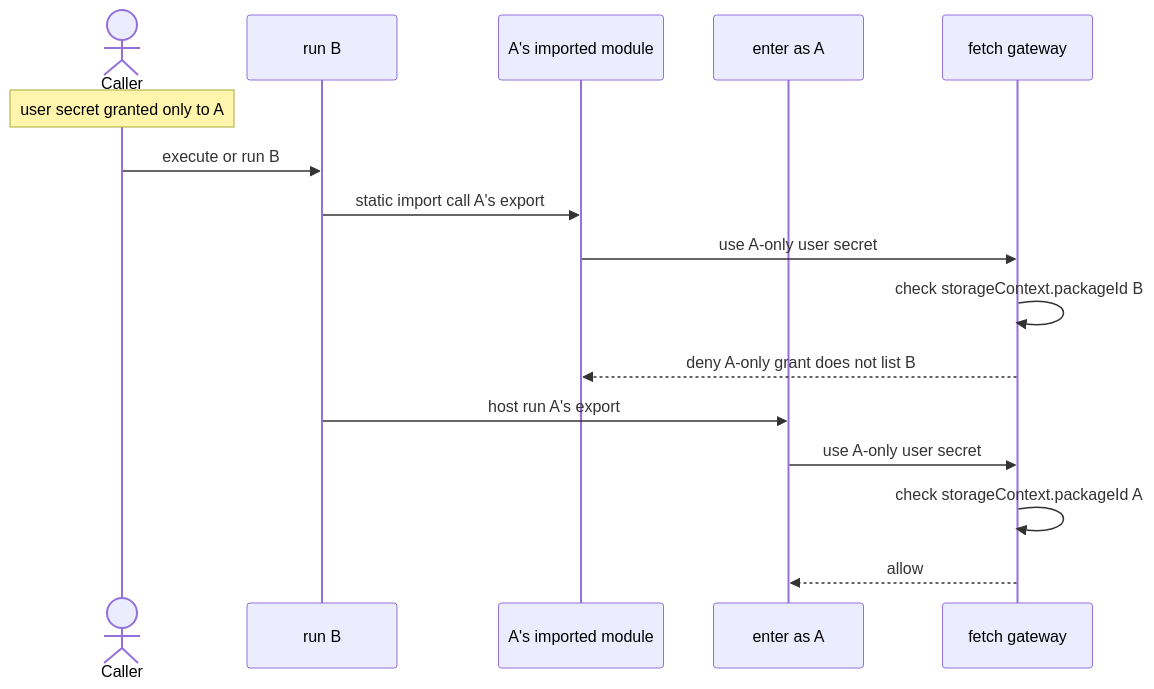
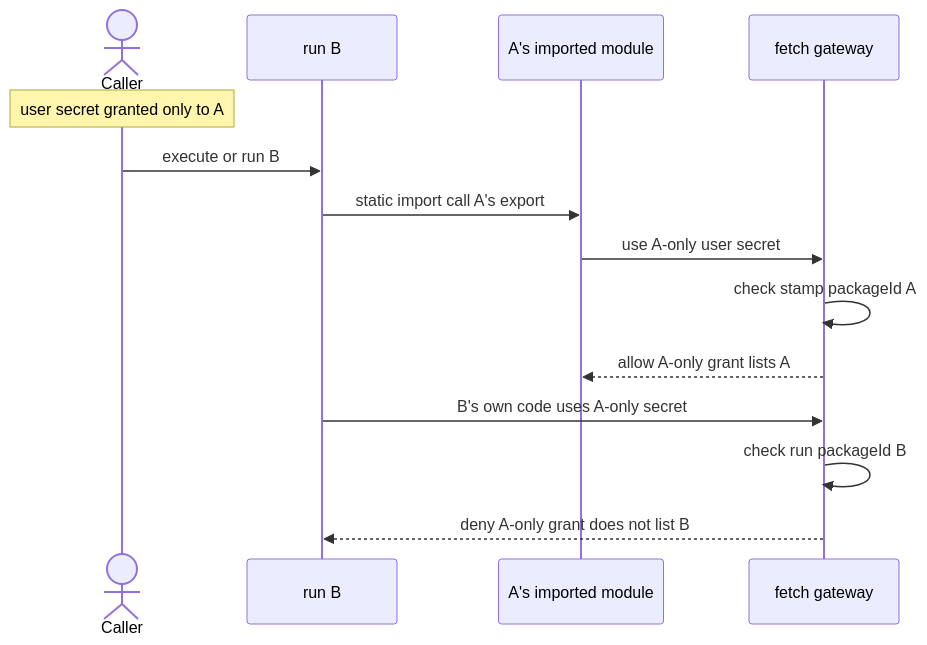
One commit to kentcdodds/kody changed the third of 5 diagrams in docs/contributing/package-storage-static-imports.md. Above: the diagram before and after it, drawn with Mermaid. The commit also changed other lines of this file and 30 other files, not shown here.

First line of the commit message:
Stamp-aligned secret authority for static kody:@ imports (#2235)

````diff
--- a/docs/contributing/package-storage-static-imports.md
+++ b/docs/contributing/package-storage-static-imports.md
@@ -117,18 +129,16 @@
 ```mermaid
 sequenceDiagram
 	actor Caller
 	participant B as run B
 	participant Amod as A's imported module
-	participant Enter as enter as A
 	participant Gateway as fetch gateway
 	Note over Caller: user secret granted only to A
 	Caller->>B: execute or run B
 	B->>Amod: static import call A's export
 	Amod->>Gateway: use A-only user secret
-	Gateway->>Gateway: check storageContext.packageId B
-	Gateway-->>Amod: deny A-only grant does not list B
-	B->>Enter: host run A's export
-	Enter->>Gateway: use A-only user secret
-	Gateway->>Gateway: check storageContext.packageId A
-	Gateway-->>Enter: allow
+	Gateway->>Gateway: check stamp packageId A
+	Gateway-->>Amod: allow A-only grant lists A
+	B->>Gateway: B's own code uses A-only secret
+	Gateway->>Gateway: check run packageId B
+	Gateway-->>B: deny A-only grant does not list B
 ```
````
